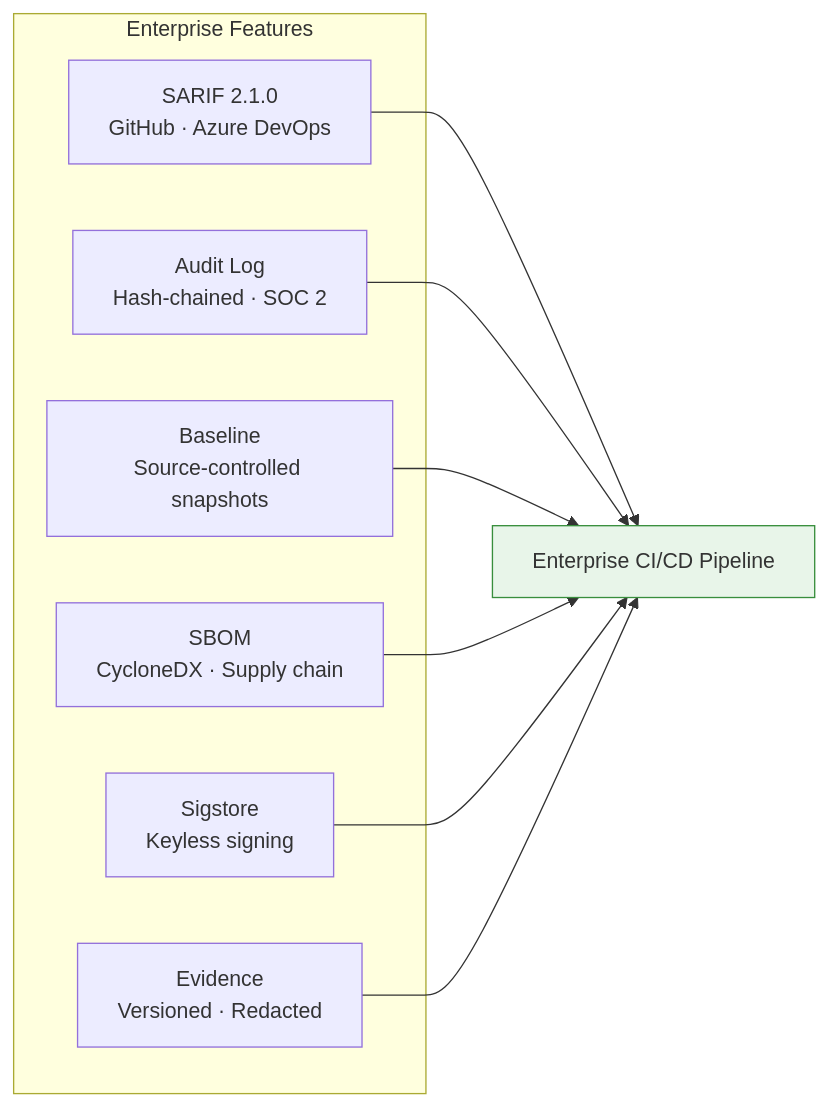
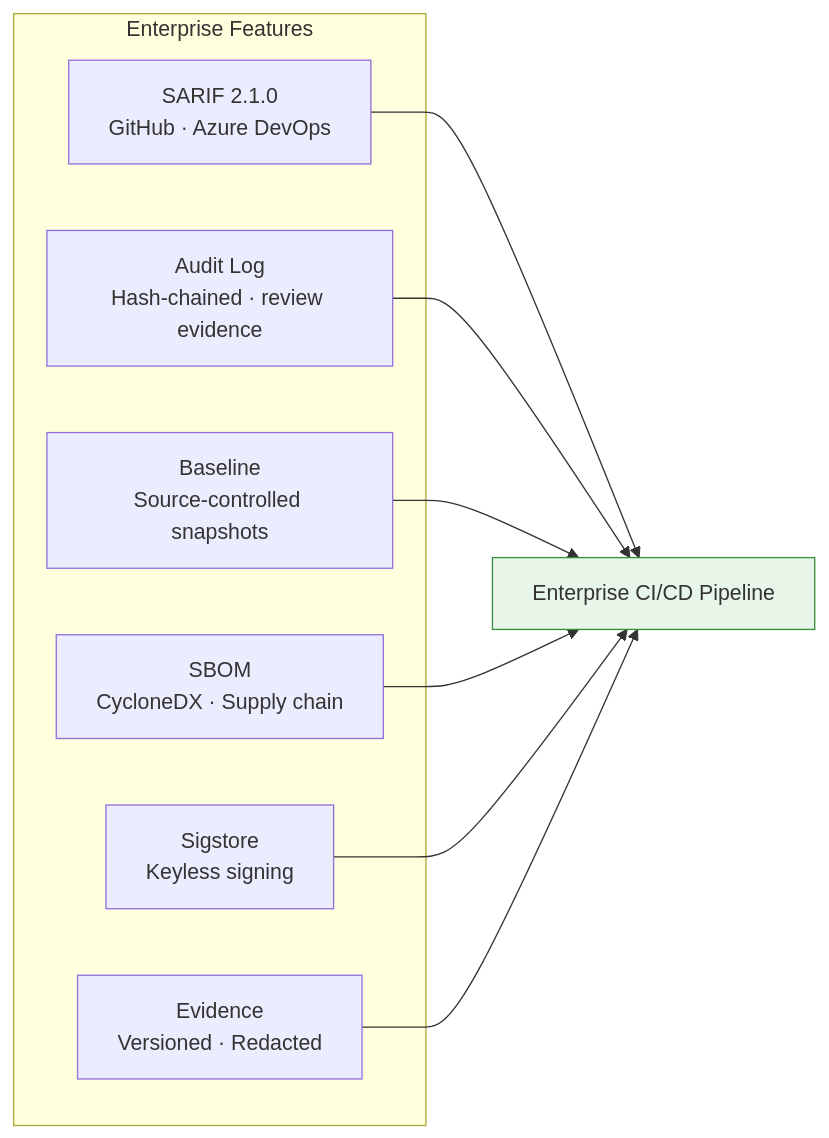
The fifth of 8 diagrams in docs/02-architecture/design-philosophy.md (thanhnt-sm/eco_support_net_oracle), drawn with Mermaid before and after one commit. The commit also changed other lines of this file and 98 other files, not shown here.

````diff
--- a/docs/02-architecture/design-philosophy.md
+++ b/docs/02-architecture/design-philosophy.md
@@ -178,15 +178,15 @@
 ```mermaid
 flowchart LR
     subgraph "Enterprise Features"
         A["SARIF 2.1.0<br/>GitHub · Azure DevOps"]
-        B["Audit Log<br/>Hash-chained · SOC 2"]
+        B["Audit Log<br/>Hash-chained · review evidence"]
         C["Baseline<br/>Source-controlled snapshots"]
         D["SBOM<br/>CycloneDX · Supply chain"]
         E["Sigstore<br/>Keyless signing"]
         F["Evidence<br/>Versioned · Redacted"]
     end
 
     A & B & C & D & E & F --> G["Enterprise CI/CD Pipeline"]
 
     style G fill:#e8f5e9,stroke:#388e3c
 ```
````
